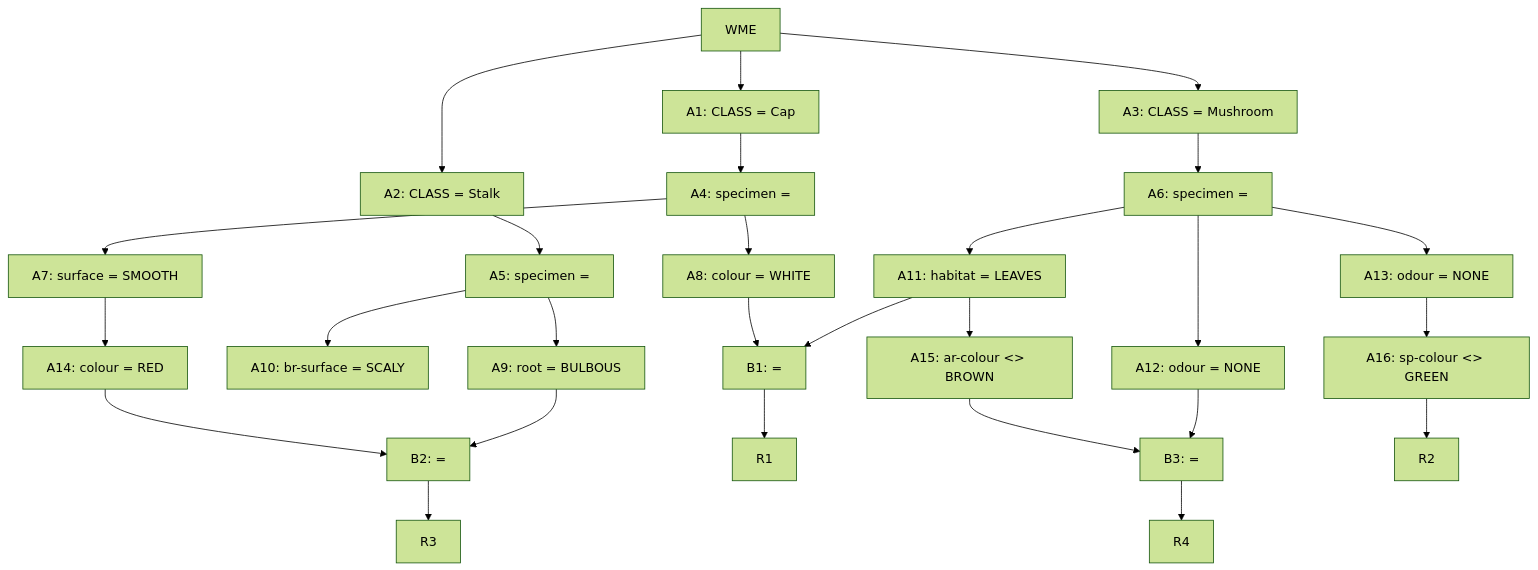
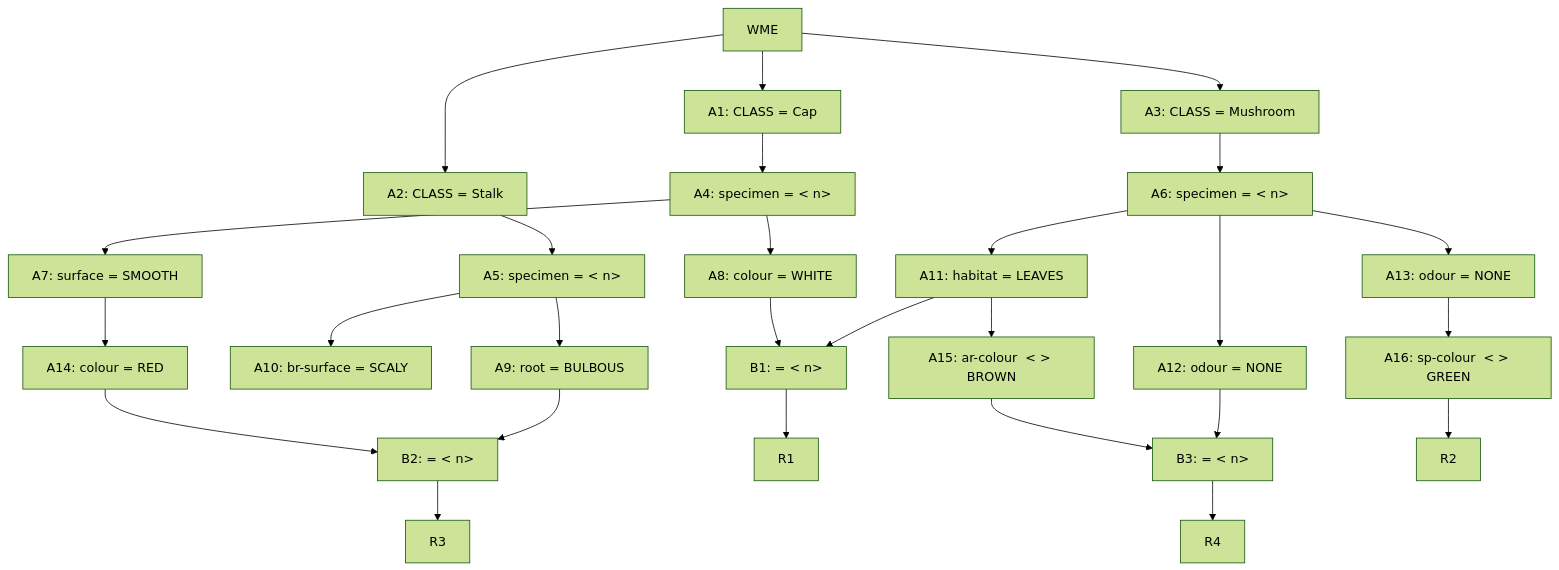
Before and after one commit to vbordia/aifu: the diagram in src/content/papers/23t3-an/06-rete.mdx, drawn with Mermaid (forest theme). The commit also changed other lines of this file and 146 other files, not shown here.

````diff
--- a/src/content/papers/23t3-an/06-rete.mdx
+++ b/src/content/papers/23t3-an/06-rete.mdx
@@ -16,29 +16,29 @@
 ```mermaid
 graph TD
     WME --> A1["A1: CLASS = Cap"]
     WME --> A2["A2: CLASS = Stalk"]
     WME --> A3["A3: CLASS = Mushroom"]
-    A1 --> A4["A4: specimen = <n>"]
-    A2 --> A5["A5: specimen = <n>"]
-    A3 --> A6["A6: specimen = <n>"]
+    A1 --> A4["A4: specimen =  &lt; n>"]
+    A2 --> A5["A5: specimen =  &lt; n>"]
+    A3 --> A6["A6: specimen =  &lt; n>"]
     A4 --> A7["A7: surface = SMOOTH"]
     A4 --> A8["A8: colour = WHITE"]
     A5 --> A9["A9: root = BULBOUS"]
     A5 --> A10["A10: br-surface = SCALY"]
     A6 --> A11["A11: habitat = LEAVES"]
     A6 --> A12["A12: odour = NONE"]
     A6 --> A13["A13: odour = NONE"]
     A7 --> A14["A14: colour = RED"]
-    A11 --> A15["A15: ar-colour <> BROWN"]
-    A13 --> A16["A16: sp-colour <> GREEN"]
-    A14 --> B2["B2: = <n>"]
+    A11 --> A15["A15: ar-colour  &lt; > BROWN"]
+    A13 --> A16["A16: sp-colour  &lt; > GREEN"]
+    A14 --> B2["B2: =  &lt; n>"]
     A9 --> B2
-    A8 --> B1["B1: = <n>"]
+    A8 --> B1["B1: =  &lt; n>"]
     A11 --> B1
     B1 --> R1["R1"]
-    A15 --> B3["B3: = <n>"]
+    A15 --> B3["B3: =  &lt; n>"]
     A12 --> B3
     B3 --> R4["R4"]
     A16 --> R2["R2"]
     B2 --> R3["R3"]
 ```
````
